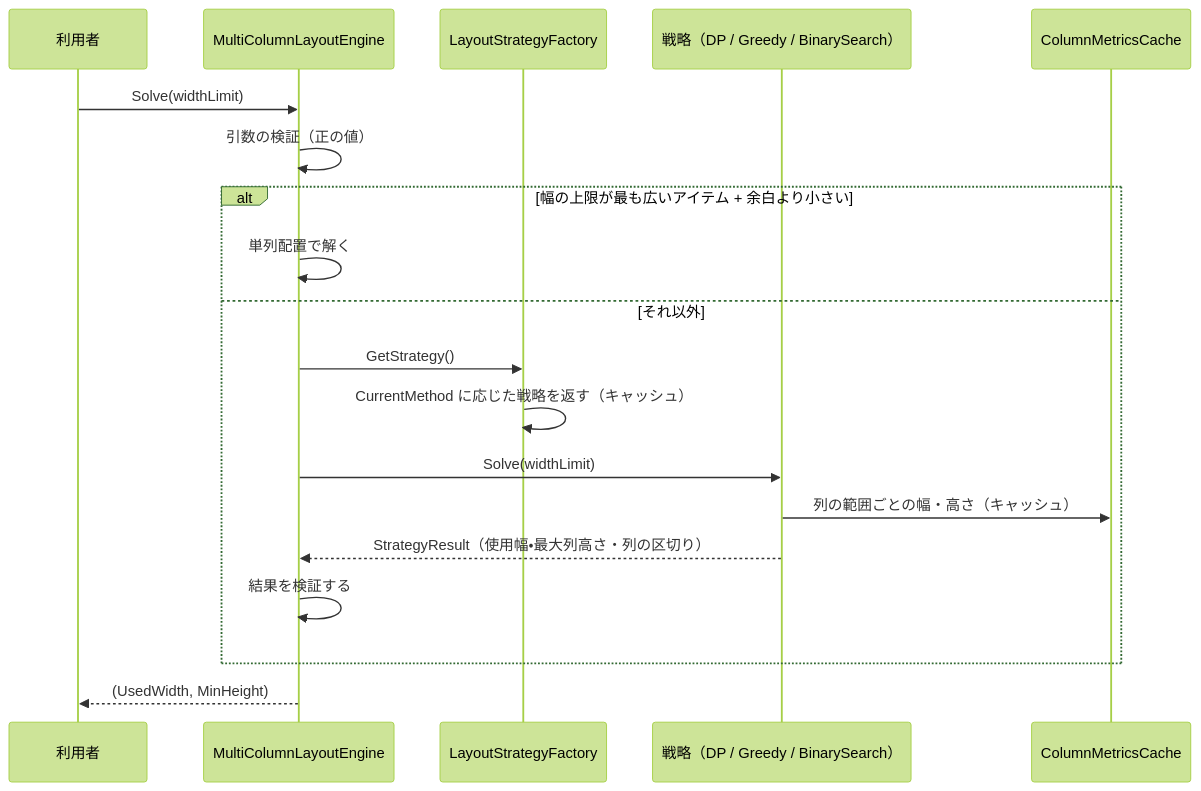
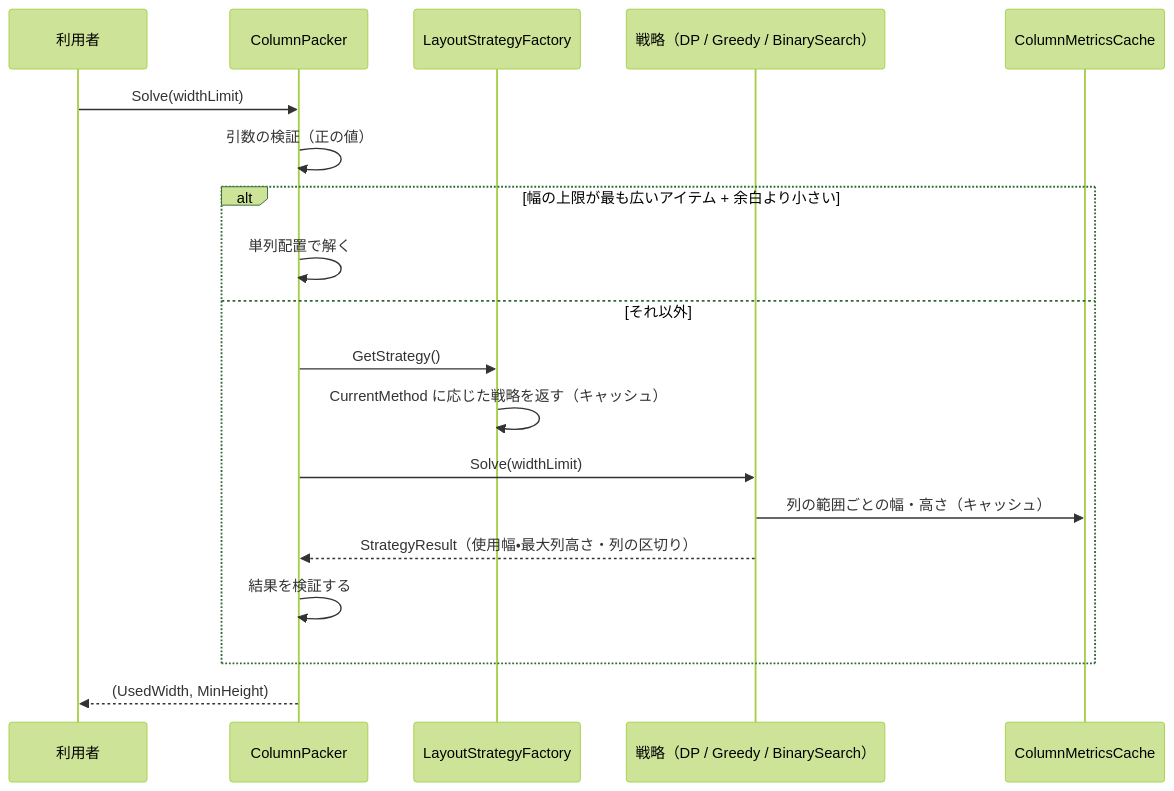
One commit to tomokuni/EsUtil changed the second of 2 diagrams in EsUtil/Feature.MultiColumn/docs/SPEC_System.md. Above: the diagram before and after it, drawn with Mermaid (forest theme). The commit also changed other lines of this file and 37 other files, not shown here.

First line of the commit message:
複数列の配置の型名を ColumnPacker にする

````diff
--- a/EsUtil/Feature.MultiColumn/docs/SPEC_System.md
+++ b/EsUtil/Feature.MultiColumn/docs/SPEC_System.md
@@ -58,21 +58,21 @@
 ```mermaid
 sequenceDiagram
     participant H as 利用者
-    participant E as MultiColumnLayoutEngine
+    participant E as ColumnPacker
     participant F as LayoutStrategyFactory
     participant S as 戦略（DP / Greedy / BinarySearch）
     participant C as ColumnMetricsCache
     H->>E: Solve(widthLimit)
     E->>E: 引数の検証（正の値）
     alt 幅の上限が最も広いアイテム + 余白より小さい
         E->>E: 単列配置で解く
     else それ以外
         E->>F: GetStrategy()
         F->>F: CurrentMethod に応じた戦略を返す（キャッシュ）
         E->>S: Solve(widthLimit)
         S->>C: 列の範囲ごとの幅・高さ（キャッシュ）
         S-->>E: StrategyResult（使用幅・最大列高さ・列の区切り）
         E->>E: 結果を検証する
     end
     E-->>H: (UsedWidth, MinHeight)
 ```
````
